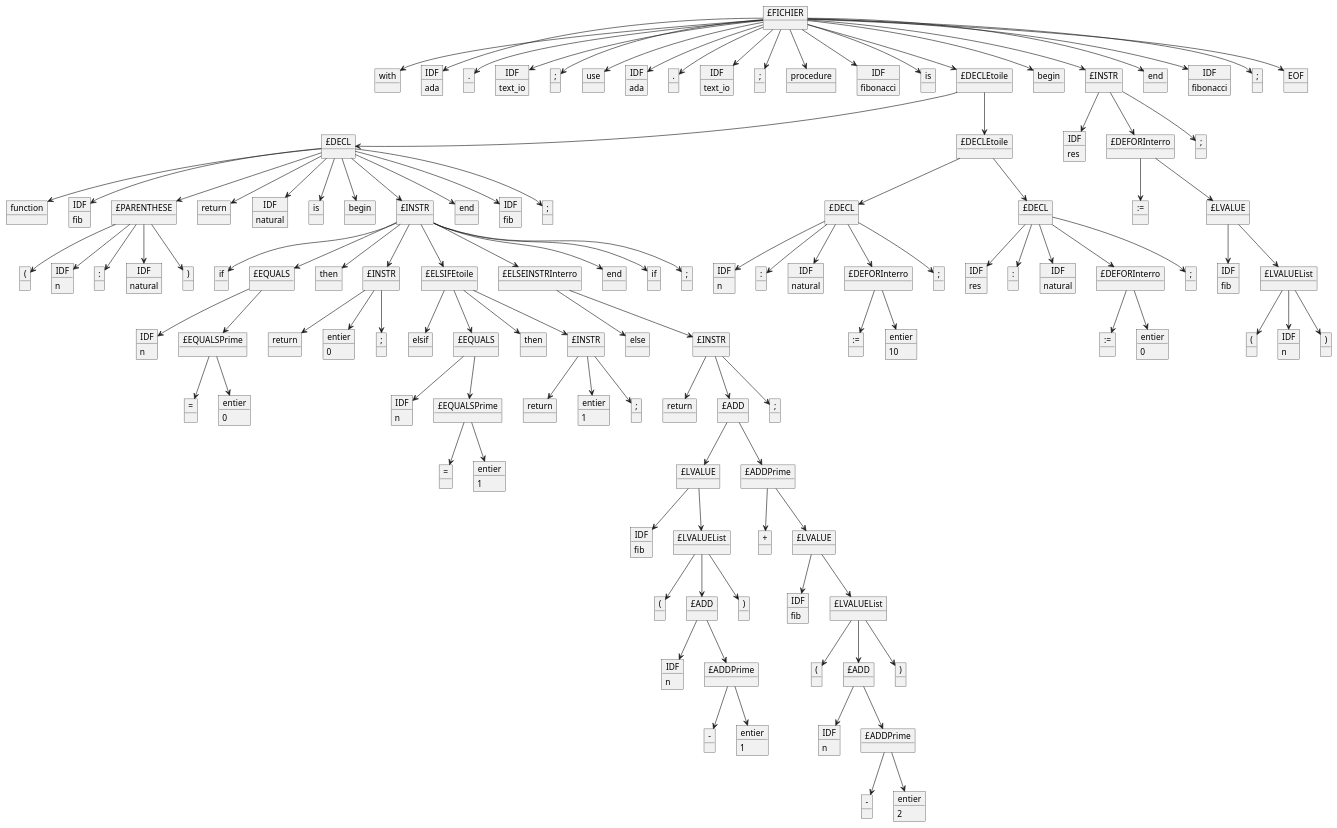
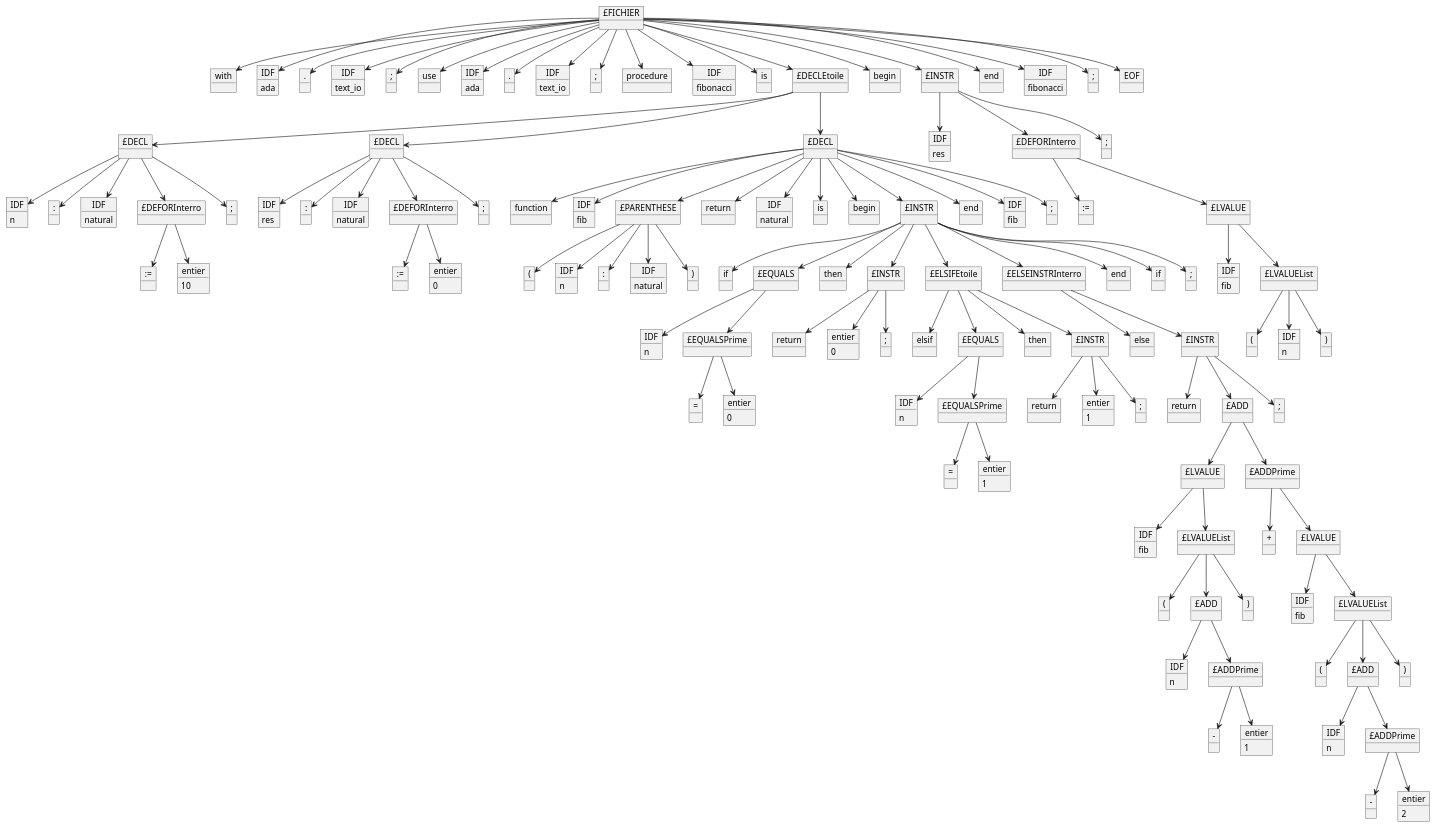
One commit to LeBoufty/pcl changed the diagram in Programmes/Fonctionne/fibonaccii.adb.puml. Above: the diagram before and after it, drawn with PlantUML. The commit also changed 2 other files, not shown here.

```diff
--- a/Programmes/Fonctionne/fibonaccii.adb.puml
+++ b/Programmes/Fonctionne/fibonaccii.adb.puml
@@ -27,129 +27,128 @@
 object ";" as 20
 object "EOF" as 21
 object "£DECL" as 22
-object "£DECLEtoile" as 23
-object "IDF" as 24
-24 : res
-object "£DEFORInterro" as 25
-object ";" as 26
-object "function" as 27
+object "£DECL" as 23
+object "£DECL" as 24
+object "IDF" as 25
+25 : res
+object "£DEFORInterro" as 26
+object ";" as 27
 object "IDF" as 28
-28 : fib
-object "£PARENTHESE" as 29
-object "return" as 30
-object "IDF" as 31
-31 : natural
-object "is" as 32
-object "begin" as 33
-object "£INSTR" as 34
-object "end" as 35
-object "IDF" as 36
-36 : fib
+28 : n
+object ":" as 29
+object "IDF" as 30
+30 : natural
+object "£DEFORInterro" as 31
+object ";" as 32
+object "IDF" as 33
+33 : res
+object ":" as 34
+object "IDF" as 35
+35 : natural
+object "£DEFORInterro" as 36
 object ";" as 37
-object "£DECL" as 38
-object "£DECL" as 39
-object ":=" as 40
-object "£LVALUE" as 41
-object "(" as 42
-object "IDF" as 43
-43 : n
-object ":" as 44
-object "IDF" as 45
-45 : natural
-object ")" as 46
-object "if" as 47
-object "£EQUALS" as 48
-object "then" as 49
-object "£INSTR" as 50
-object "£ELSIFEtoile" as 51
-object "£ELSEINSTRInterro" as 52
-object "end" as 53
-object "if" as 54
-object ";" as 55
+object "function" as 38
+object "IDF" as 39
+39 : fib
+object "£PARENTHESE" as 40
+object "return" as 41
+object "IDF" as 42
+42 : natural
+object "is" as 43
+object "begin" as 44
+object "£INSTR" as 45
+object "end" as 46
+object "IDF" as 47
+47 : fib
+object ";" as 48
+object ":=" as 49
+object "£LVALUE" as 50
+object ":=" as 51
+object "entier" as 52
+52 : 10
+object ":=" as 53
+object "entier" as 54
+54 : 0
+object "(" as 55
 object "IDF" as 56
 56 : n
 object ":" as 57
 object "IDF" as 58
 58 : natural
-object "£DEFORInterro" as 59
-object ";" as 60
-object "IDF" as 61
-61 : res
-object ":" as 62
-object "IDF" as 63
-63 : natural
-object "£DEFORInterro" as 64
-object ";" as 65
-object "IDF" as 66
-66 : fib
-object "£LVALUEList" as 67
-object "IDF" as 68
-68 : n
-object "£EQUALSPrime" as 69
-object "return" as 70
-object "entier" as 71
-71 : 0
-object ";" as 72
-object "elsif" as 73
-object "£EQUALS" as 74
-object "then" as 75
-object "£INSTR" as 76
-object "else" as 77
-object "£INSTR" as 78
-object ":=" as 79
-object "entier" as 80
-80 : 10
-object ":=" as 81
-object "entier" as 82
-82 : 0
-object "(" as 83
-object "IDF" as 84
-84 : n
-object ")" as 85
-object "=" as 86
-object "entier" as 87
-87 : 0
-object "IDF" as 88
-88 : n
-object "£EQUALSPrime" as 89
-object "return" as 90
-object "entier" as 91
-91 : 1
-object ";" as 92
-object "return" as 93
-object "£ADD" as 94
-object ";" as 95
-object "=" as 96
-object "entier" as 97
-97 : 1
-object "£LVALUE" as 98
-object "£ADDPrime" as 99
-object "IDF" as 100
-100 : fib
-object "£LVALUEList" as 101
-object "+" as 102
-object "£LVALUE" as 103
-object "(" as 104
-object "£ADD" as 105
-object ")" as 106
-object "IDF" as 107
-107 : fib
-object "£LVALUEList" as 108
-object "IDF" as 109
-109 : n
-object "£ADDPrime" as 110
-object "(" as 111
-object "£ADD" as 112
-object ")" as 113
-object "-" as 114
-object "entier" as 115
-115 : 1
-object "IDF" as 116
-116 : n
-object "£ADDPrime" as 117
-object "-" as 118
-object "entier" as 119
-119 : 2
+object ")" as 59
+object "if" as 60
+object "£EQUALS" as 61
+object "then" as 62
+object "£INSTR" as 63
+object "£ELSIFEtoile" as 64
+object "£ELSEINSTRInterro" as 65
+object "end" as 66
+object "if" as 67
+object ";" as 68
+object "IDF" as 69
+69 : fib
+object "£LVALUEList" as 70
+object "IDF" as 71
+71 : n
+object "£EQUALSPrime" as 72
+object "return" as 73
+object "entier" as 74
+74 : 0
+object ";" as 75
+object "elsif" as 76
+object "£EQUALS" as 77
+object "then" as 78
+object "£INSTR" as 79
+object "else" as 80
+object "£INSTR" as 81
+object "(" as 82
+object "IDF" as 83
+83 : n
+object ")" as 84
+object "=" as 85
+object "entier" as 86
+86 : 0
+object "IDF" as 87
+87 : n
+object "£EQUALSPrime" as 88
+object "return" as 89
+object "entier" as 90
+90 : 1
+object ";" as 91
+object "return" as 92
+object "£ADD" as 93
+object ";" as 94
+object "=" as 95
+object "entier" as 96
+96 : 1
+object "£LVALUE" as 97
+object "£ADDPrime" as 98
+object "IDF" as 99
+99 : fib
+object "£LVALUEList" as 100
+object "+" as 101
+object "£LVALUE" as 102
+object "(" as 103
+object "£ADD" as 104
+object ")" as 105
+object "IDF" as 106
+106 : fib
+object "£LVALUEList" as 107
+object "IDF" as 108
+108 : n
+object "£ADDPrime" as 109
+object "(" as 110
+object "£ADD" as 111
+object ")" as 112
+object "-" as 113
+object "entier" as 114
+114 : 1
+object "IDF" as 115
+115 : n
+object "£ADDPrime" as 116
+object "-" as 117
+object "entier" as 118
+118 : 2
 1 -down-> 2
 1 -down-> 3
 1 -down-> 4
@@ -172,100 +171,99 @@
 1 -down-> 21
 15 -down-> 22
 15 -down-> 23
-17 -down-> 24
+15 -down-> 24
 17 -down-> 25
 17 -down-> 26
-22 -down-> 27
+17 -down-> 27
 22 -down-> 28
 22 -down-> 29
 22 -down-> 30
 22 -down-> 31
 22 -down-> 32
-22 -down-> 33
-22 -down-> 34
-22 -down-> 35
-22 -down-> 36
-22 -down-> 37
-23 -down-> 38
-23 -down-> 39
-25 -down-> 40
-25 -down-> 41
-29 -down-> 42
-29 -down-> 43
-29 -down-> 44
-29 -down-> 45
-29 -down-> 46
-34 -down-> 47
-34 -down-> 48
-34 -down-> 49
-34 -down-> 50
-34 -down-> 51
-34 -down-> 52
-34 -down-> 53
-34 -down-> 54
-34 -down-> 55
-38 -down-> 56
-38 -down-> 57
-38 -down-> 58
-38 -down-> 59
-38 -down-> 60
-39 -down-> 61
-39 -down-> 62
-39 -down-> 63
-39 -down-> 64
-39 -down-> 65
-41 -down-> 66
-41 -down-> 67
-48 -down-> 68
-48 -down-> 69
+23 -down-> 33
+23 -down-> 34
+23 -down-> 35
+23 -down-> 36
+23 -down-> 37
+24 -down-> 38
+24 -down-> 39
+24 -down-> 40
+24 -down-> 41
+24 -down-> 42
+24 -down-> 43
+24 -down-> 44
+24 -down-> 45
+24 -down-> 46
+24 -down-> 47
+24 -down-> 48
+26 -down-> 49
+26 -down-> 50
+31 -down-> 51
+31 -down-> 52
+36 -down-> 53
+36 -down-> 54
+40 -down-> 55
+40 -down-> 56
+40 -down-> 57
+40 -down-> 58
+40 -down-> 59
+45 -down-> 60
+45 -down-> 61
+45 -down-> 62
+45 -down-> 63
+45 -down-> 64
+45 -down-> 65
+45 -down-> 66
+45 -down-> 67
+45 -down-> 68
+50 -down-> 69
 50 -down-> 70
-50 -down-> 71
-50 -down-> 72
-51 -down-> 73
-51 -down-> 74
-51 -down-> 75
-51 -down-> 76
-52 -down-> 77
-52 -down-> 78
-59 -down-> 79
-59 -down-> 80
-64 -down-> 81
-64 -down-> 82
-67 -down-> 83
-67 -down-> 84
-67 -down-> 85
-69 -down-> 86
-69 -down-> 87
-74 -down-> 88
-74 -down-> 89
-76 -down-> 90
-76 -down-> 91
-76 -down-> 92
-78 -down-> 93
-78 -down-> 94
-78 -down-> 95
-89 -down-> 96
-89 -down-> 97
-94 -down-> 98
-94 -down-> 99
-98 -down-> 100
+61 -down-> 71
+61 -down-> 72
+63 -down-> 73
+63 -down-> 74
+63 -down-> 75
+64 -down-> 76
+64 -down-> 77
+64 -down-> 78
+64 -down-> 79
+65 -down-> 80
+65 -down-> 81
+70 -down-> 82
+70 -down-> 83
+70 -down-> 84
+72 -down-> 85
+72 -down-> 86
+77 -down-> 87
+77 -down-> 88
+79 -down-> 89
+79 -down-> 90
+79 -down-> 91
+81 -down-> 92
+81 -down-> 93
+81 -down-> 94
+88 -down-> 95
+88 -down-> 96
+93 -down-> 97
+93 -down-> 98
+97 -down-> 99
+97 -down-> 100
 98 -down-> 101
-99 -down-> 102
-99 -down-> 103
-101 -down-> 104
-101 -down-> 105
-101 -down-> 106
-103 -down-> 107
-103 -down-> 108
-105 -down-> 109
-105 -down-> 110
-108 -down-> 111
-108 -down-> 112
-108 -down-> 113
-110 -down-> 114
-110 -down-> 115
-112 -down-> 116
-112 -down-> 117
-117 -down-> 118
-117 -down-> 119
+98 -down-> 102
+100 -down-> 103
+100 -down-> 104
+100 -down-> 105
+102 -down-> 106
+102 -down-> 107
+104 -down-> 108
+104 -down-> 109
+107 -down-> 110
+107 -down-> 111
+107 -down-> 112
+109 -down-> 113
+109 -down-> 114
+111 -down-> 115
+111 -down-> 116
+116 -down-> 117
+116 -down-> 118
 @enduml
```
